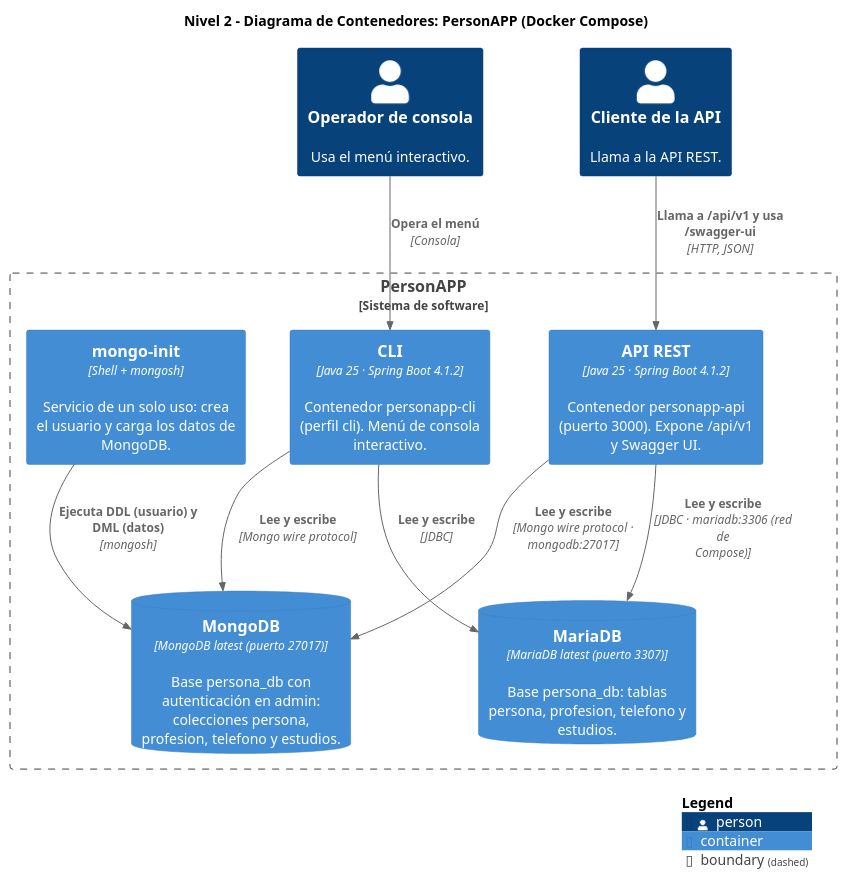
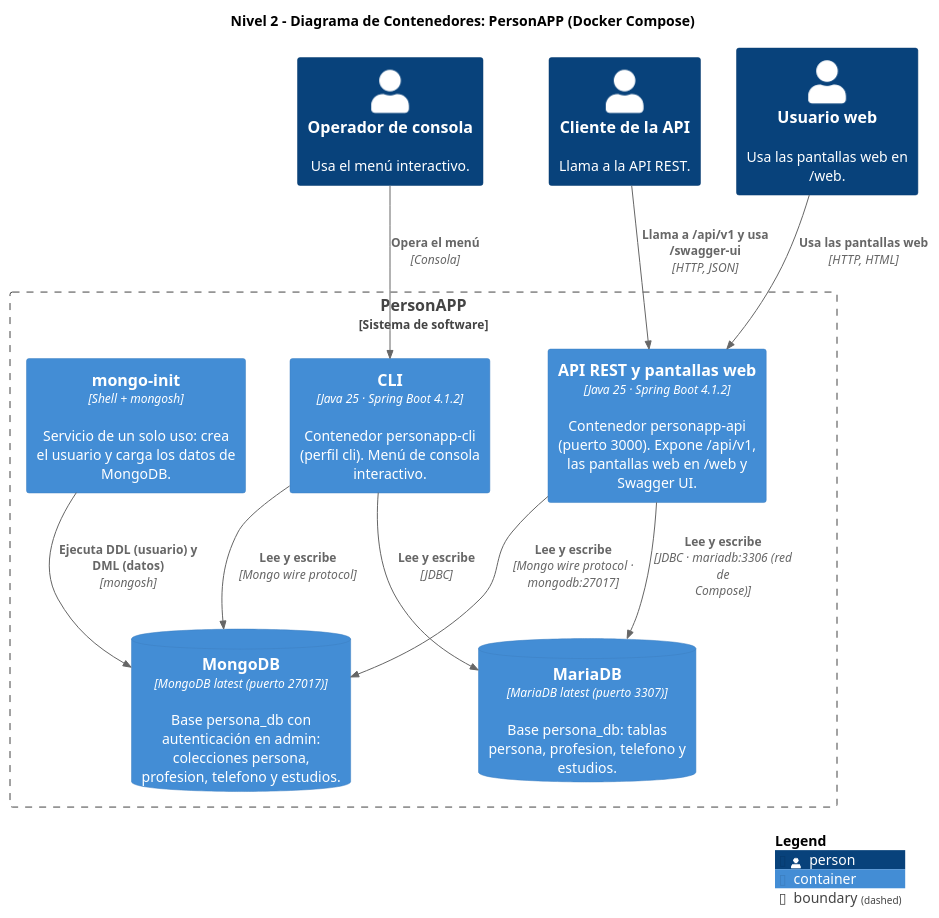
One commit to andres-karoll/personapp-hexa-spring-boot changed the diagram in docs/diagramas/03_contenedores.puml. Above: the diagram before and after it, drawn with PlantUML. The commit also changed 14 other files, not shown here.

First line of the commit message:
Actualiza diagramas C4 con las pantallas web

```diff
--- a/docs/diagramas/03_contenedores.puml
+++ b/docs/diagramas/03_contenedores.puml
@@ -1,27 +1,29 @@
 @startuml 03_contenedores
 !include https://raw.githubusercontent.com/plantuml-stdlib/C4-PlantUML/v2.10.0/C4_Container.puml
 LAYOUT_TOP_DOWN()
 hide stereotype
 title Nivel 2 - Diagrama de Contenedores: PersonAPP (Docker Compose)
 
 Person(operador, "Operador de consola", "Usa el menú interactivo.")
+Person(usuarioWeb, "Usuario web", "Usa las pantallas web en /web.")
 Person(cliente, "Cliente de la API", "Llama a la API REST.")
 
 Boundary(sistema, "PersonAPP", "Sistema de software") {
-  Container(api, "API REST", "Java 25 · Spring Boot 4.1.2", "Contenedor personapp-api (puerto 3000). Expone /api/v1 y Swagger UI.")
+  Container(api, "API REST y pantallas web", "Java 25 · Spring Boot 4.1.2", "Contenedor personapp-api (puerto 3000). Expone /api/v1, las pantallas web en /web y Swagger UI.")
   Container(cli, "CLI", "Java 25 · Spring Boot 4.1.2", "Contenedor personapp-cli (perfil cli). Menú de consola interactivo.")
   ContainerDb(maria, "MariaDB", "MariaDB latest (puerto 3307)", "Base persona_db: tablas persona, profesion, telefono y estudios.")
   ContainerDb(mongo, "MongoDB", "MongoDB latest (puerto 27017)", "Base persona_db con autenticación en admin: colecciones persona, profesion, telefono y estudios.")
   Container(init, "mongo-init", "Shell + mongosh", "Servicio de un solo uso: crea el usuario y carga los datos de MongoDB.")
 }
 
+Rel(usuarioWeb, api, "Usa las pantallas web", "HTTP, HTML")
 Rel(cliente, api, "Llama a /api/v1 y usa /swagger-ui", "HTTP, JSON")
 Rel(operador, cli, "Opera el menú", "Consola")
 Rel(api, maria, "Lee y escribe", "JDBC · mariadb:3306 (red de Compose)")
 Rel(api, mongo, "Lee y escribe", "Mongo wire protocol · mongodb:27017")
 Rel(cli, maria, "Lee y escribe", "JDBC")
 Rel(cli, mongo, "Lee y escribe", "Mongo wire protocol")
 Rel(init, mongo, "Ejecuta DDL (usuario) y DML (datos)", "mongosh")
 
 SHOW_LEGEND()
 @enduml
```
